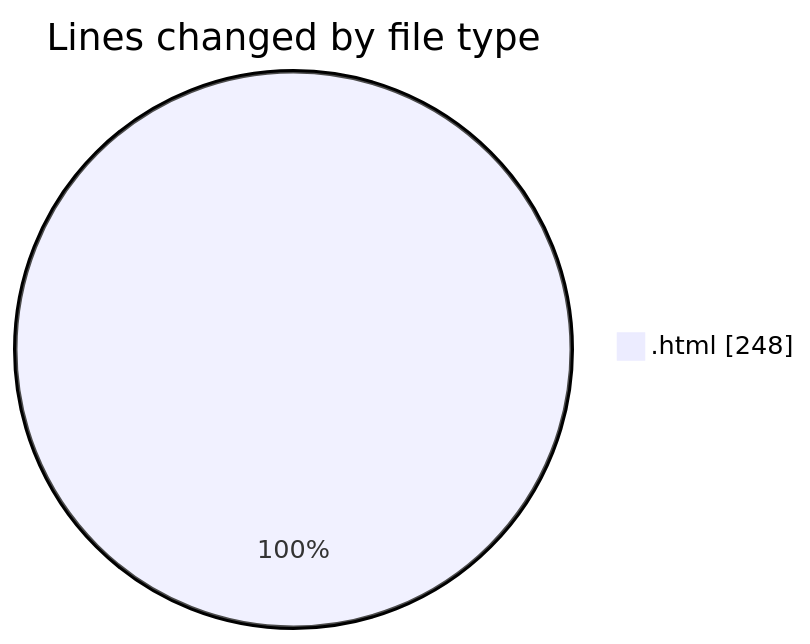
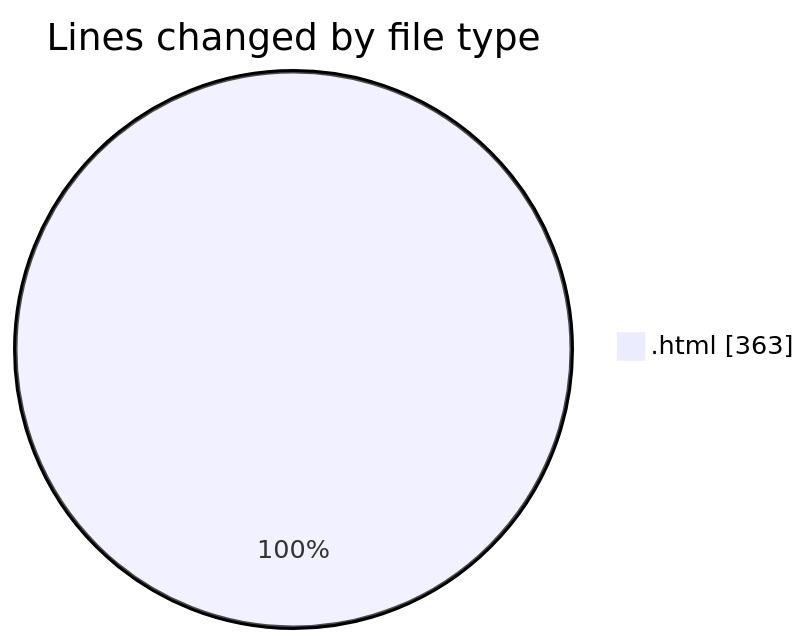
Before and after one commit to Unknowalive/code-tracking: the first of 2 diagrams in 2026-08-20/lab2/README.md, drawn with Mermaid. The commit also changed other lines of this file and 1 other file, not shown here.

````diff
--- a/2026-08-20/lab2/README.md
+++ b/2026-08-20/lab2/README.md
@@ -26,5 +29,5 @@
 ```mermaid
 pie showData
 title Lines changed by file type
-".html" : 248
+".html" : 363
 ```
````
